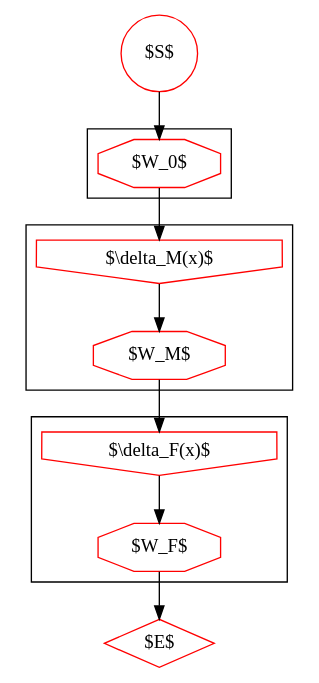
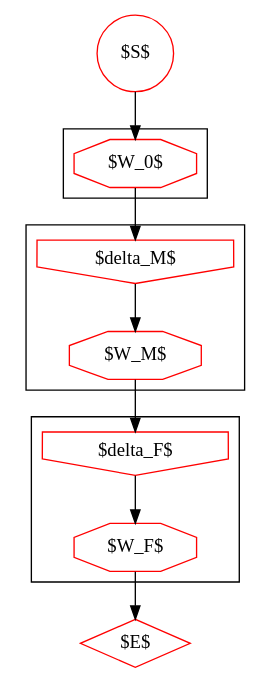
Before and after one commit to ihh/transducer-tutorial: the diagram in mf-labeled.dot, drawn with Graphviz. The commit also changed 15 other files, not shown here.

```diff
--- a/mf-labeled.dot
+++ b/mf-labeled.dot
@@ -1,20 +1,20 @@
 digraph G {
     S [label="$S$", shape=circle, color=red];
     E [label="$E$", shape=diamond, color=red];
 
 subgraph cluster_0 {
 	W0 [label="$W_0$", shape=octagon, color=red];
 }
 subgraph cluster_1 {
     W1 [label="$W_M$", shape=octagon, color=red];
-    D1 [label="$\\delta_M(x)$", shape=invhouse, color=red];
+    D1 [label="$\delta_M$", shape=invhouse, color=red];
 }
 subgraph cluster_2 {
     W2 [label="$W_F$", shape=octagon, color=red];
-    D2 [label="$\\delta_F(x)$", shape=invhouse, color=red];
+    D2 [label="$\delta_F$", shape=invhouse, color=red];
 }
 
 S->W0->D1->W1->D2->W2->E;
 
 
 }
```
